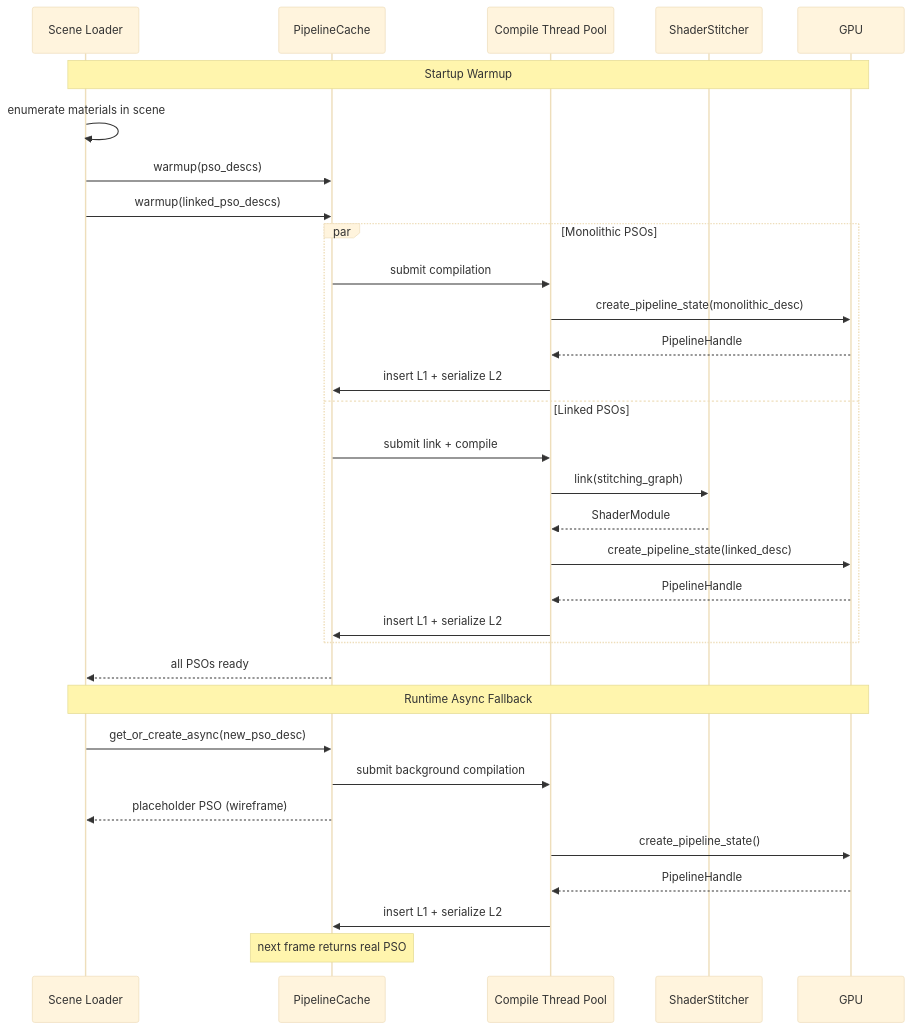
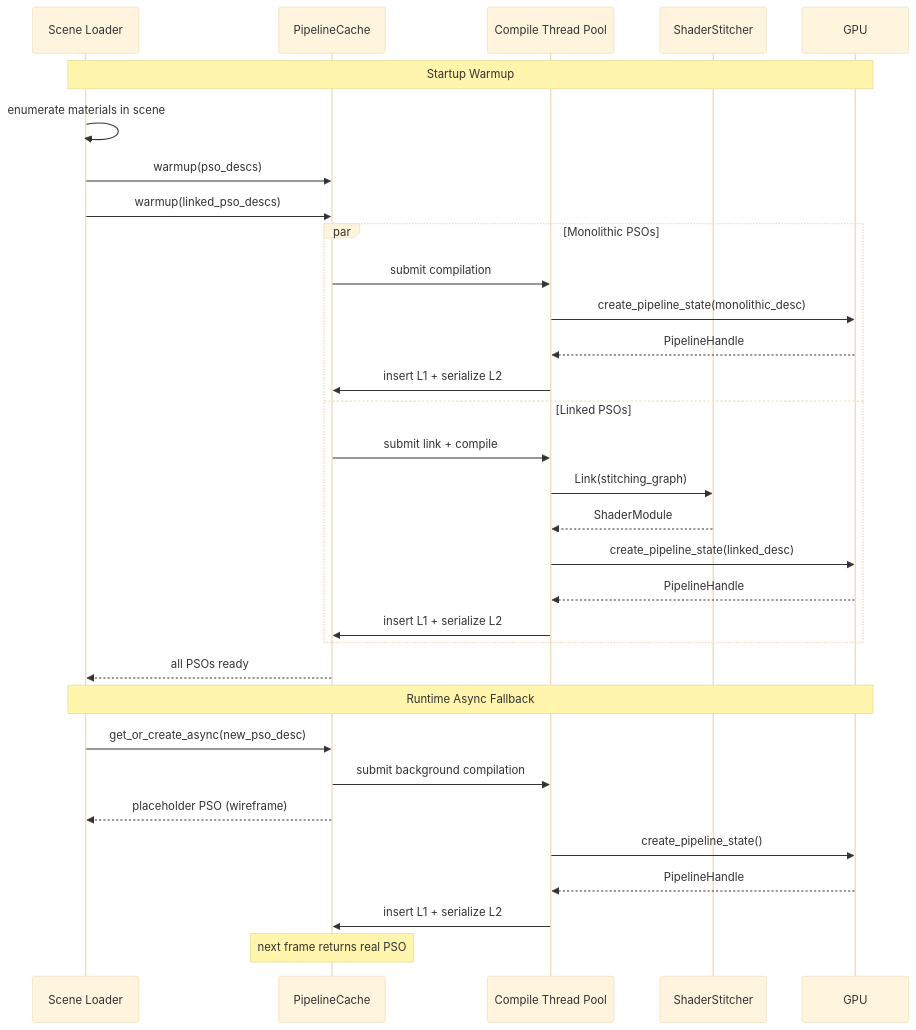
Diagram 14 of 16 in docs/design/shader-pipeline-classes.md (harmonius-dev/harmonius), drawn with Mermaid (base theme) before and after one commit. The commit also changed other lines of this file and 67 other files, not shown here.

````diff
--- a/docs/design/shader-pipeline-classes.md
+++ b/docs/design/shader-pipeline-classes.md
@@ -760,38 +760,38 @@
 ```mermaid
 sequenceDiagram
     participant Loader as Scene Loader
     participant Cache as PipelineCache
     participant Pool as Compile Thread Pool
     participant Stitch as ShaderStitcher
     participant GPU
 
     Note over Loader,GPU: Startup Warmup
     Loader->>Loader: enumerate materials in scene
     Loader->>Cache: warmup(pso_descs)
     Loader->>Cache: warmup(linked_pso_descs)
 
     par Monolithic PSOs
         Cache->>Pool: submit compilation
         Pool->>GPU: create_pipeline_state(monolithic_desc)
         GPU-->>Pool: PipelineHandle
         Pool->>Cache: insert L1 + serialize L2
     and Linked PSOs
         Cache->>Pool: submit link + compile
-        Pool->>Stitch: link(stitching_graph)
+        Pool->>Stitch: Link(stitching_graph)
         Stitch-->>Pool: ShaderModule
         Pool->>GPU: create_pipeline_state(linked_desc)
         GPU-->>Pool: PipelineHandle
         Pool->>Cache: insert L1 + serialize L2
     end
 
     Cache-->>Loader: all PSOs ready
 
     Note over Loader,GPU: Runtime Async Fallback
     Loader->>Cache: get_or_create_async(new_pso_desc)
     Cache->>Pool: submit background compilation
     Cache-->>Loader: placeholder PSO (wireframe)
     Pool->>GPU: create_pipeline_state()
     GPU-->>Pool: PipelineHandle
     Pool->>Cache: insert L1 + serialize L2
     Note over Cache: next frame returns real PSO
 ```
````
